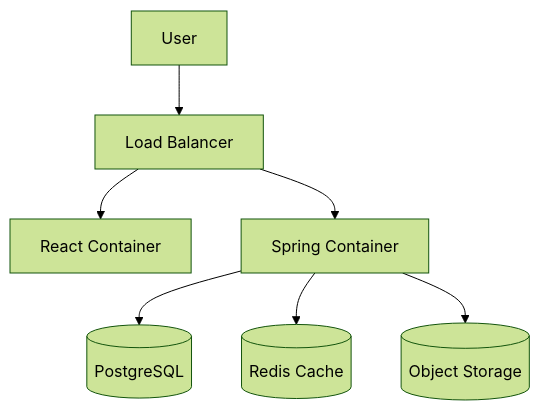
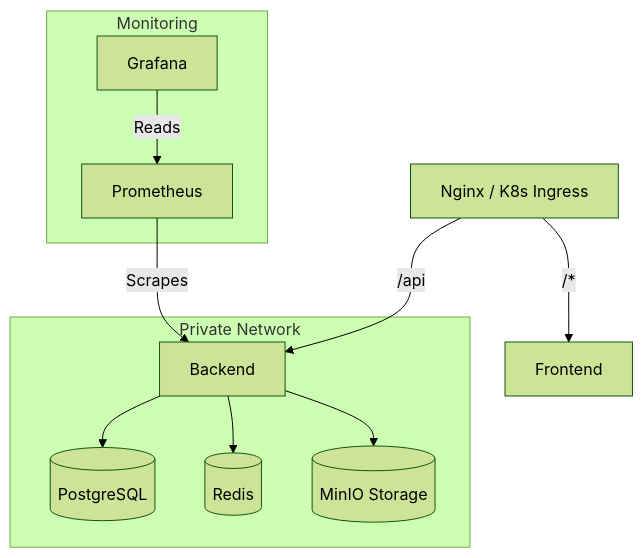
One commit to alexwest1981/EduFlex changed the third of 3 diagrams in docs/ARCHITECTURE.md. Above: the diagram before and after it, drawn with Mermaid (forest theme). The commit also changed other lines of this file and 42 other files, not shown here.

````diff
--- a/docs/ARCHITECTURE.md
+++ b/docs/ARCHITECTURE.md
@@ -130,10 +118,16 @@
 ```mermaid
 graph TD
-    User --> Nginx[Load Balancer]
-    Nginx --> Frontend[React Container]
-    Nginx --> Backend[Spring Container]
+    Ingress[Nginx / K8s Ingress] -->|/api| Backend
+    Ingress -->|/*| Frontend
+
+    subgraph "Private Network"
+        Backend --> Postgres[(PostgreSQL)]
+        Backend --> Redis[(Redis)]
+        Backend --> MinIO[(MinIO Storage)]
+    end
     
-    Backend --> DB[(PostgreSQL)]
-    Backend --> Redis[(Redis Cache)]
-    Backend --> MinIO[(Object Storage)]
+    subgraph "Monitoring"
+        Prometheus -->|Scrapes| Backend
+        Grafana -->|Reads| Prometheus
+    end
 ```
````
